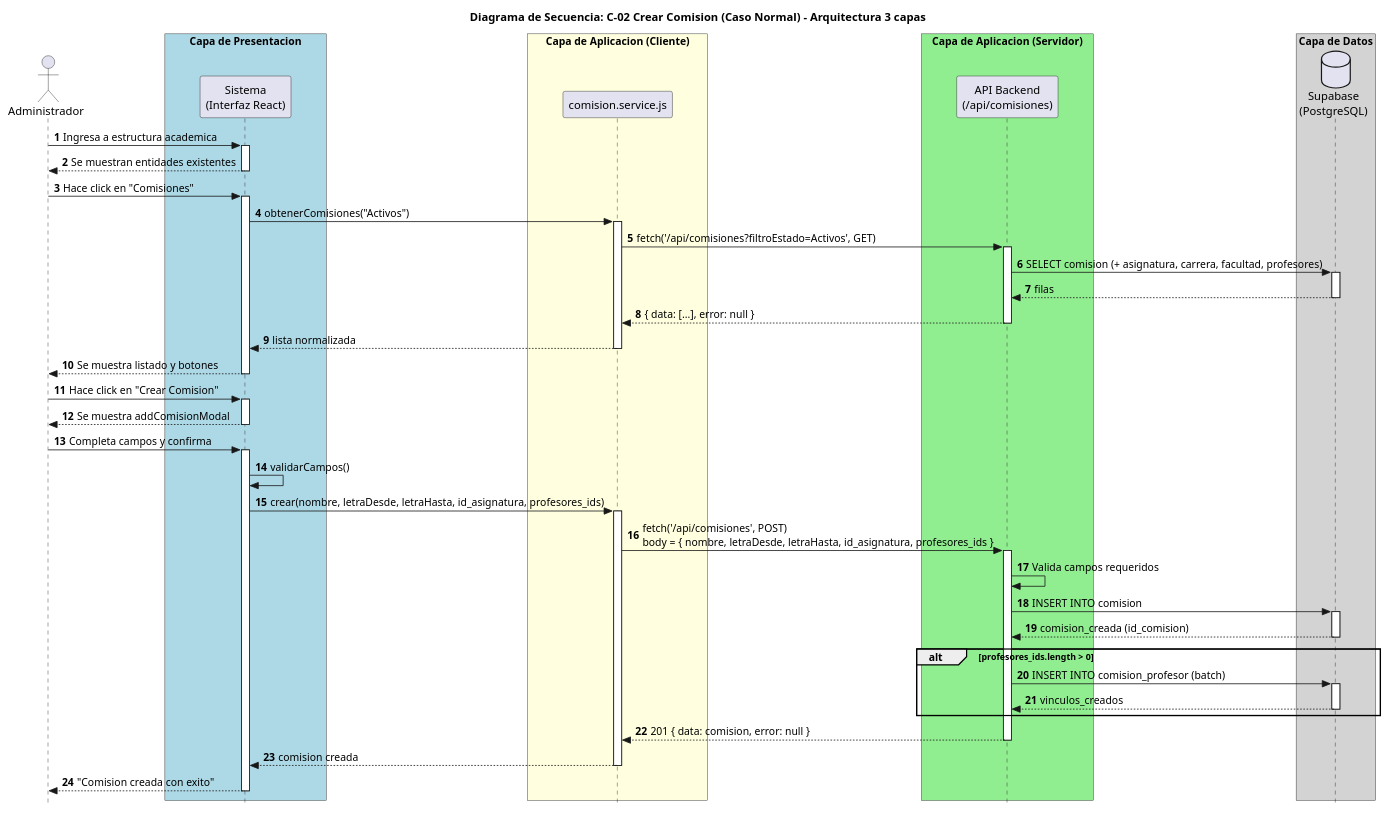
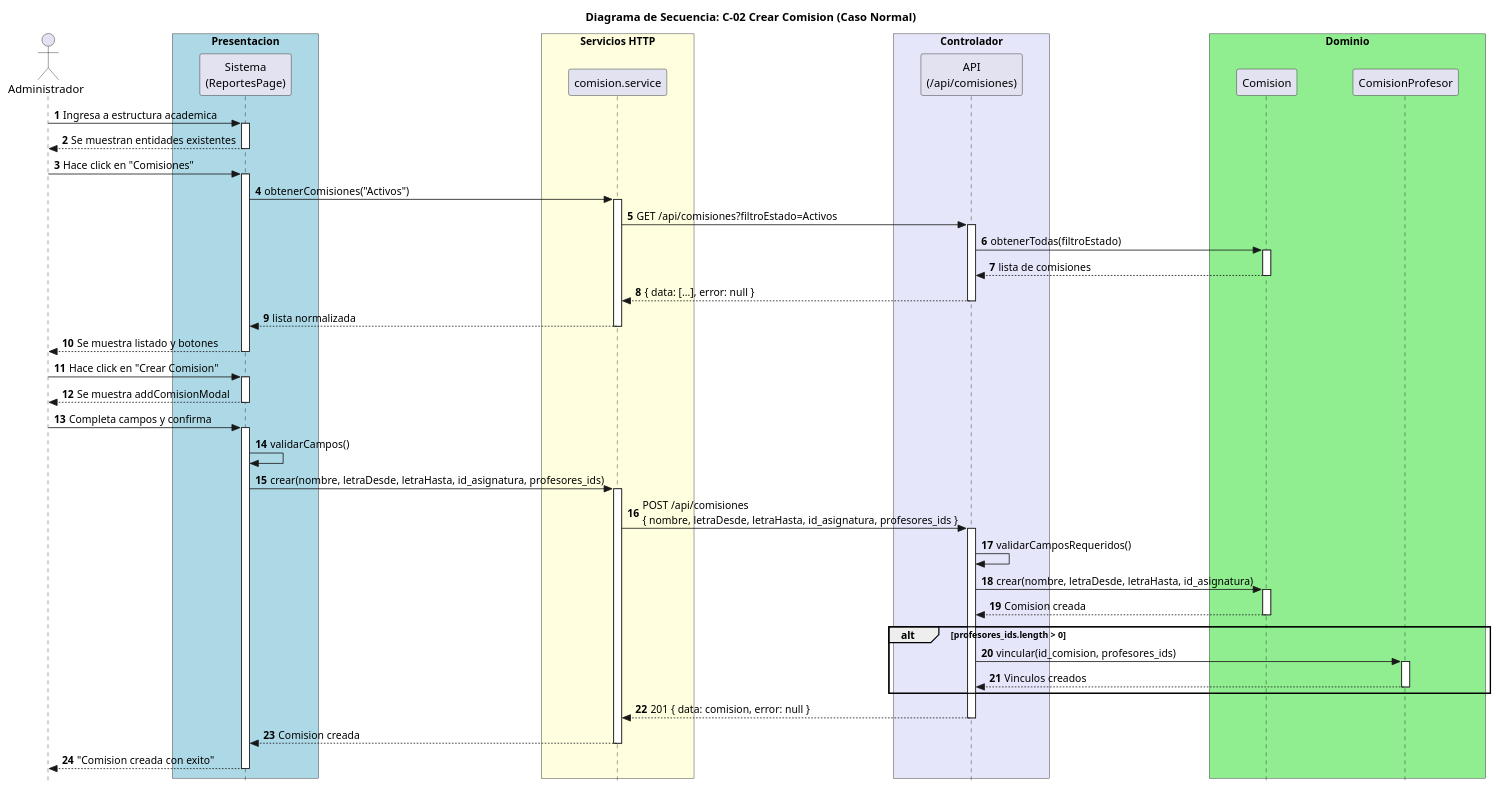
The diagram in docs/puml/actualizacion_claude/C-02 Crear Comision (Caso Normal).puml (SantiagoScetti/sic-unne-admin), drawn with PlantUML before and after one commit. The commit also changed 11 other files, not shown here.

Commit message:
Refinamiento de codigos de diagramas de secuencia, de diagrama de entidad relacion, actualizaciones en el plan de accion

```diff
--- a/docs/puml/actualizacion_claude/C-02 Crear Comision (Caso Normal).puml
+++ b/docs/puml/actualizacion_claude/C-02 Crear Comision (Caso Normal).puml
@@ -1,87 +1,89 @@
 @startuml
 
-title Diagrama de Secuencia: C-02 Crear Comision (Caso Normal) - Arquitectura 3 capas
+title Diagrama de Secuencia: C-02 Crear Comision (Caso Normal)
 
 skinparam style strictuml
-skinparam ParticipantPadding 40
-skinparam BoxPadding 20
+skinparam ParticipantPadding 30
+skinparam BoxPadding 12
 
 autonumber
 
 actor Administrador
 
-box "Capa de Presentacion" #LightBlue
-  participant "Sistema\n(Interfaz React)" as Interfaz
+box "Presentacion" #LightBlue
+  participant "Sistema\n(ReportesPage)" as Interfaz
 end box
 
-box "Capa de Aplicacion (Cliente)" #LightYellow
-  participant "comision.service.js" as Service
+box "Servicios HTTP" #LightYellow
+  participant "comision.service" as Service
 end box
 
-box "Capa de Aplicacion (Servidor)" #LightGreen
-  participant "API Backend\n(/api/comisiones)" as API
+box "Controlador" #Lavender
+  participant "API\n(/api/comisiones)" as API
 end box
 
-box "Capa de Datos" #LightGray
-  database "Supabase\n(PostgreSQL)" as DB
+box "Dominio" #LightGreen
+  participant "Comision"         as Comision
+  participant "ComisionProfesor" as ComisionProfesor
 end box
 
 Administrador -> Interfaz: Ingresa a estructura academica
 activate Interfaz
 Interfaz --> Administrador: Se muestran entidades existentes
 deactivate Interfaz
 
 Administrador -> Interfaz: Hace click en "Comisiones"
 activate Interfaz
 Interfaz -> Service: obtenerComisiones("Activos")
 activate Service
-Service -> API: fetch('/api/comisiones?filtroEstado=Activos', GET)
+Service -> API: GET /api/comisiones?filtroEstado=Activos
 activate API
-API -> DB: SELECT comision (+ asignatura, carrera, facultad, profesores)
-activate DB
-DB --> API: filas
-deactivate DB
+API -> Comision: obtenerTodas(filtroEstado)
+activate Comision
+Comision --> API: lista de comisiones
+deactivate Comision
 API --> Service: { data: [...], error: null }
 deactivate API
 Service --> Interfaz: lista normalizada
 deactivate Service
 Interfaz --> Administrador: Se muestra listado y botones
 deactivate Interfaz
 
 Administrador -> Interfaz: Hace click en "Crear Comision"
 activate Interfaz
 Interfaz --> Administrador: Se muestra addComisionModal
 deactivate Interfaz
 
 Administrador -> Interfaz: Completa campos y confirma
 activate Interfaz
 
 Interfaz -> Interfaz: validarCampos()
 
 Interfaz -> Service: crear(nombre, letraDesde, letraHasta, id_asignatura, profesores_ids)
 activate Service
-Service -> API: fetch('/api/comisiones', POST)\nbody = { nombre, letraDesde, letraHasta, id_asignatura, profesores_ids }
+Service -> API: POST /api/comisiones\n{ nombre, letraDesde, letraHasta, id_asignatura, profesores_ids }
 activate API
 
-API -> API: Valida campos requeridos
-API -> DB: INSERT INTO comision
-activate DB
-DB --> API: comision_creada (id_comision)
-deactivate DB
+API -> API: validarCamposRequeridos()
+
+API -> Comision: crear(nombre, letraDesde, letraHasta, id_asignatura)
+activate Comision
+Comision --> API: Comision creada
+deactivate Comision
 
 alt profesores_ids.length > 0
-    API -> DB: INSERT INTO comision_profesor (batch)
-    activate DB
-    DB --> API: vinculos_creados
-    deactivate DB
+  API -> ComisionProfesor: vincular(id_comision, profesores_ids)
+  activate ComisionProfesor
+  ComisionProfesor --> API: Vinculos creados
+  deactivate ComisionProfesor
 end
 
 API --> Service: 201 { data: comision, error: null }
 deactivate API
-Service --> Interfaz: comision creada
+Service --> Interfaz: Comision creada
 deactivate Service
 
 Interfaz --> Administrador: "Comision creada con exito"
 deactivate Interfaz
 
 @enduml
```
